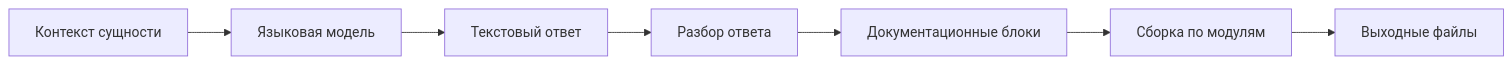
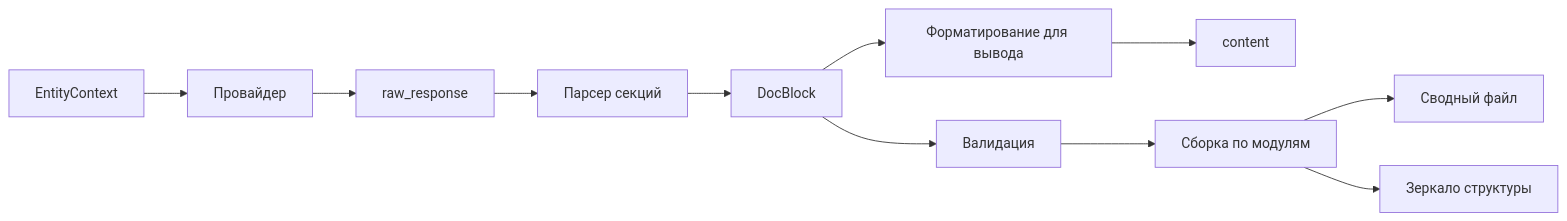
Before and after one commit to Andryss/AnDocGen: the third of 3 diagrams in docs/input_preparation.md, drawn with Mermaid. The commit also changed other lines of this file and 1 other file, not shown here.

````diff
--- a/docs/input_preparation.md
+++ b/docs/input_preparation.md
@@ -218,9 +401,13 @@
 ```mermaid
 flowchart LR
-    EntityContext[Контекст сущности] --> LLM[Языковая модель]
-    LLM --> RawText[Текстовый ответ]
-    RawText --> Parser[Разбор ответа]
-    Parser --> DocBlocks[Документационные блоки]
-    DocBlocks --> Assembler[Сборка по модулям]
-    Assembler --> OutputFiles[Выходные файлы]
+    EntityContext[EntityContext] --> Provider[Провайдер]
+    Provider --> RawText[raw_response]
+    RawText --> Parser[Парсер секций]
+    Parser --> DocBlock[DocBlock]
+    DocBlock --> Formatter[Форматирование для вывода]
+    Formatter --> Content[content]
+    DocBlock --> Validator[Валидация]
+    Validator --> Assembler[Сборка по модулям]
+    Assembler --> Overview[Сводный файл]
+    Assembler --> Mirror[Зеркало структуры]
 ```
````
